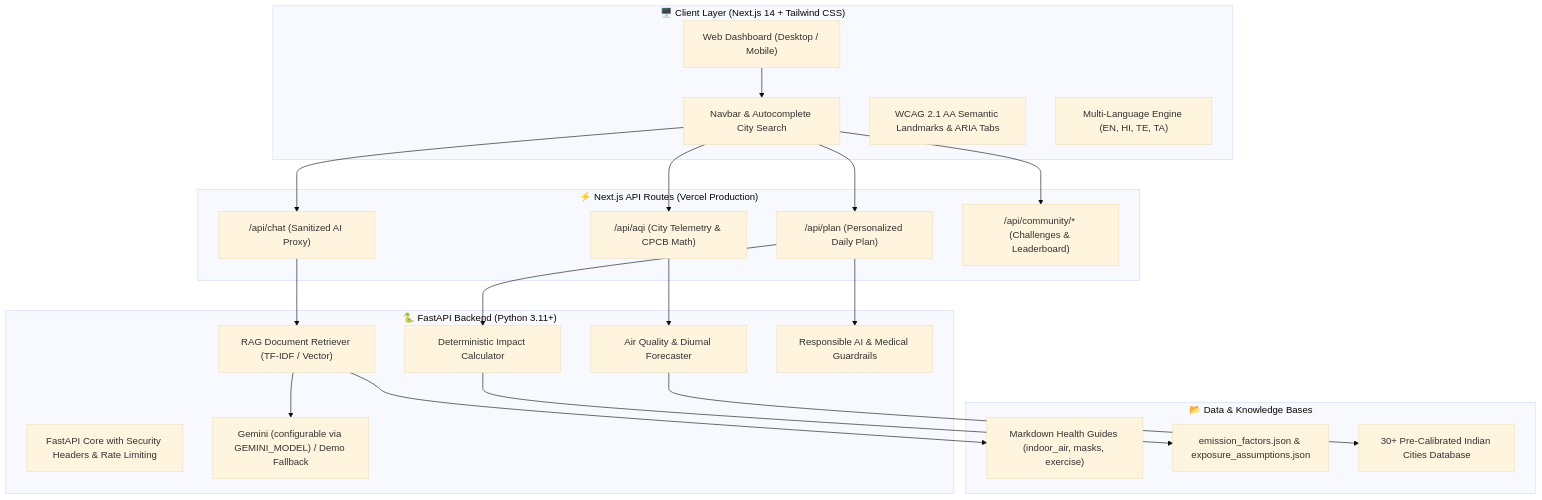
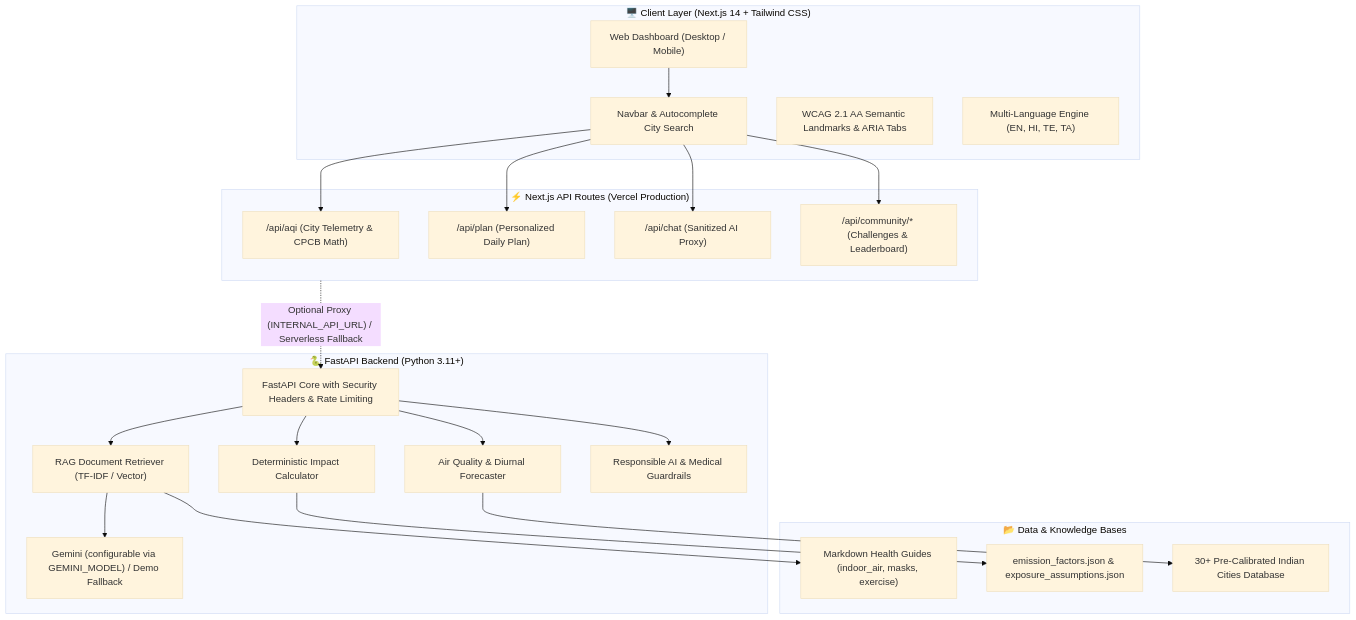
Before and after one commit to kushal3698/BreatheWise-Air-Quality-Assistance: the diagram in README.md, drawn with Mermaid (base theme). The commit also changed other lines of this file and 1 other file, not shown here.

Commit message:
docs(ci): update live Gemini note, label Mermaid proxy arrow, and enable full npm audit

````diff
--- a/README.md
+++ b/README.md
@@ -143,39 +143,39 @@
 ```mermaid
 flowchart TD
     subgraph Client["🖥️ Client Layer (Next.js 14 + Tailwind CSS)"]
         UI["Web Dashboard (Desktop / Mobile)"]
         NAV["Navbar & Autocomplete City Search"]
         A11Y["WCAG 2.1 AA Semantic Landmarks & ARIA Tabs"]
         I18N["Multi-Language Engine (EN, HI, TE, TA)"]
     end
 
     subgraph Serverless["⚡ Next.js API Routes (Vercel Production)"]
         ROUTE_AQI["/api/aqi (City Telemetry & CPCB Math)"]
         ROUTE_PLAN["/api/plan (Personalized Daily Plan)"]
         ROUTE_CHAT["/api/chat (Sanitized AI Proxy)"]
         ROUTE_COMM["/api/community/* (Challenges & Leaderboard)"]
     end
 
     subgraph Backend["🐍 FastAPI Backend (Python 3.11+)"]
         API_GW["FastAPI Core with Security Headers & Rate Limiting"]
         AQ_SVC["Air Quality & Diurnal Forecaster"]
         RAG_SVC["RAG Document Retriever (TF-IDF / Vector)"]
         IMPACT_SVC["Deterministic Impact Calculator"]
         SAFETY_SVC["Responsible AI & Medical Guardrails"]
         LLM_SVC["Gemini (configurable via GEMINI_MODEL) / Demo Fallback"]
     end
 
     subgraph Data["📂 Data & Knowledge Bases"]
         KB["Markdown Health Guides (indoor_air, masks, exercise)"]
         EMISSIONS["emission_factors.json & exposure_assumptions.json"]
         GEO["30+ Pre-Calibrated Indian Cities Database"]
     end
 
     UI --> NAV --> ROUTE_AQI & ROUTE_PLAN & ROUTE_CHAT & ROUTE_COMM
-    ROUTE_AQI --> AQ_SVC
-    ROUTE_PLAN --> IMPACT_SVC & SAFETY_SVC
-    ROUTE_CHAT --> RAG_SVC --> LLM_SVC
+    Serverless -. "Optional Proxy (INTERNAL_API_URL) / Serverless Fallback" .-> API_GW
+    API_GW --> AQ_SVC & IMPACT_SVC & SAFETY_SVC & RAG_SVC
+    RAG_SVC --> LLM_SVC
     AQ_SVC --> GEO
     IMPACT_SVC --> EMISSIONS
     RAG_SVC --> KB
 ```
````
